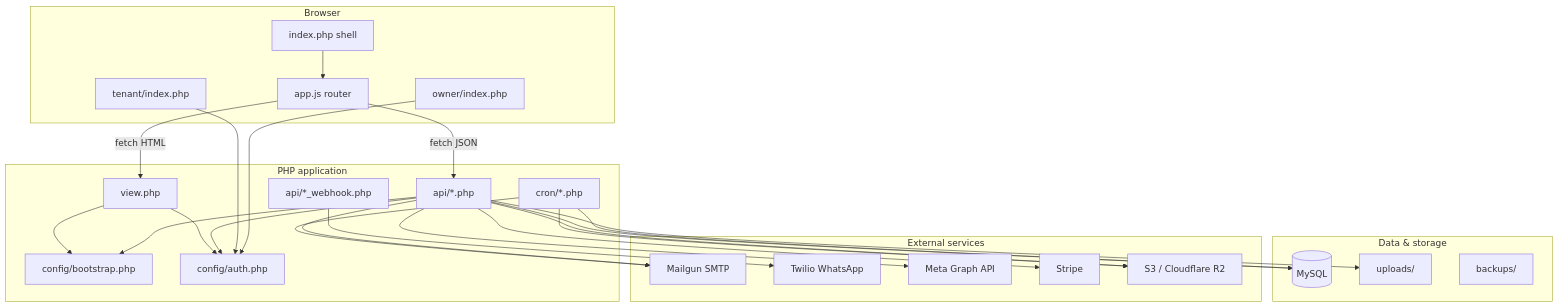
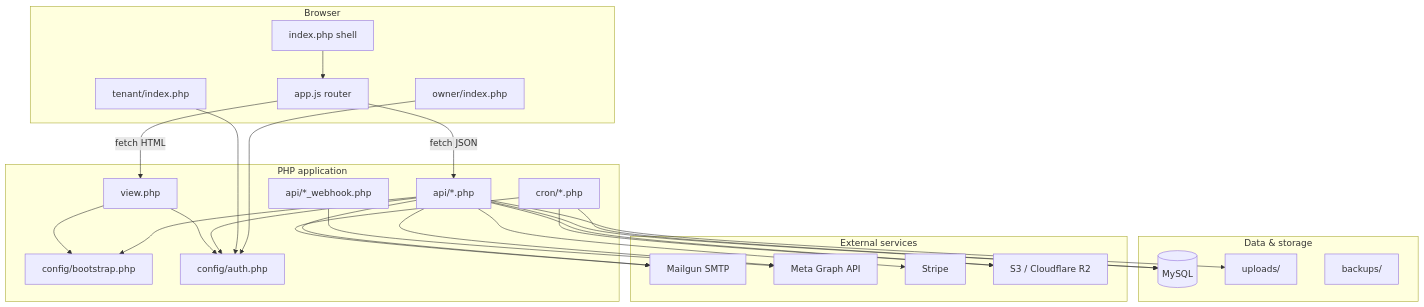
One commit to kristi2002/Gestione-Immobiliare changed the first of 7 diagrams in docs/guides/02-ARCHITECTURE.md. Above: the diagram before and after it, drawn with Mermaid. The commit also changed other lines of this file and 17 other files, not shown here.

````diff
--- a/docs/guides/02-ARCHITECTURE.md
+++ b/docs/guides/02-ARCHITECTURE.md
@@ -11,48 +11,47 @@
 ```mermaid
 flowchart TB
     subgraph browser [Browser]
         AdminUI[index.php shell]
         TenantUI[tenant/index.php]
         OwnerUI[owner/index.php]
         AppJS[app.js router]
     end
     subgraph php [PHP application]
         Bootstrap[config/bootstrap.php]
         Auth[config/auth.php]
         ViewLoader[view.php]
         APIs[api/*.php]
         Cron[cron/*.php]
         Webhooks[api/*_webhook.php]
     end
     subgraph data [Data & storage]
         MySQL[(MySQL)]
         Uploads[uploads/]
         Backups[backups/]
     end
     subgraph external [External services]
         SMTP[Mailgun SMTP]
-        Twilio[Twilio WhatsApp]
         Meta[Meta Graph API]
         Stripe[Stripe]
         S3[S3 / Cloudflare R2]
     end
     AdminUI --> AppJS
     AppJS -->|fetch HTML| ViewLoader
     AppJS -->|fetch JSON| APIs
     ViewLoader --> Bootstrap
     ViewLoader --> Auth
     APIs --> Bootstrap
     APIs --> Auth
     APIs --> MySQL
     APIs --> Uploads
     Cron --> MySQL
     Cron --> SMTP
     Cron --> S3
-    Webhooks --> Twilio
+    Webhooks --> Meta
     TenantUI --> Auth
     OwnerUI --> Auth
     APIs --> SMTP
     APIs --> Meta
     APIs --> Stripe
     APIs --> S3
 ```
````
